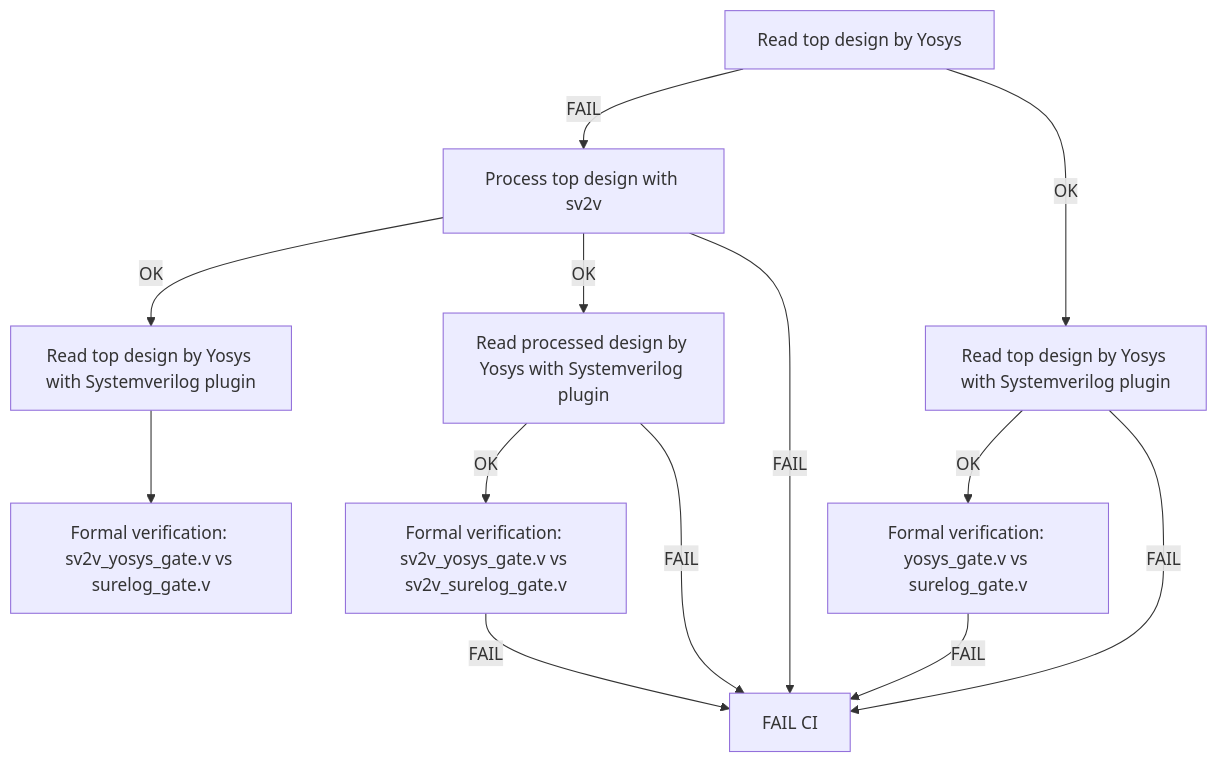
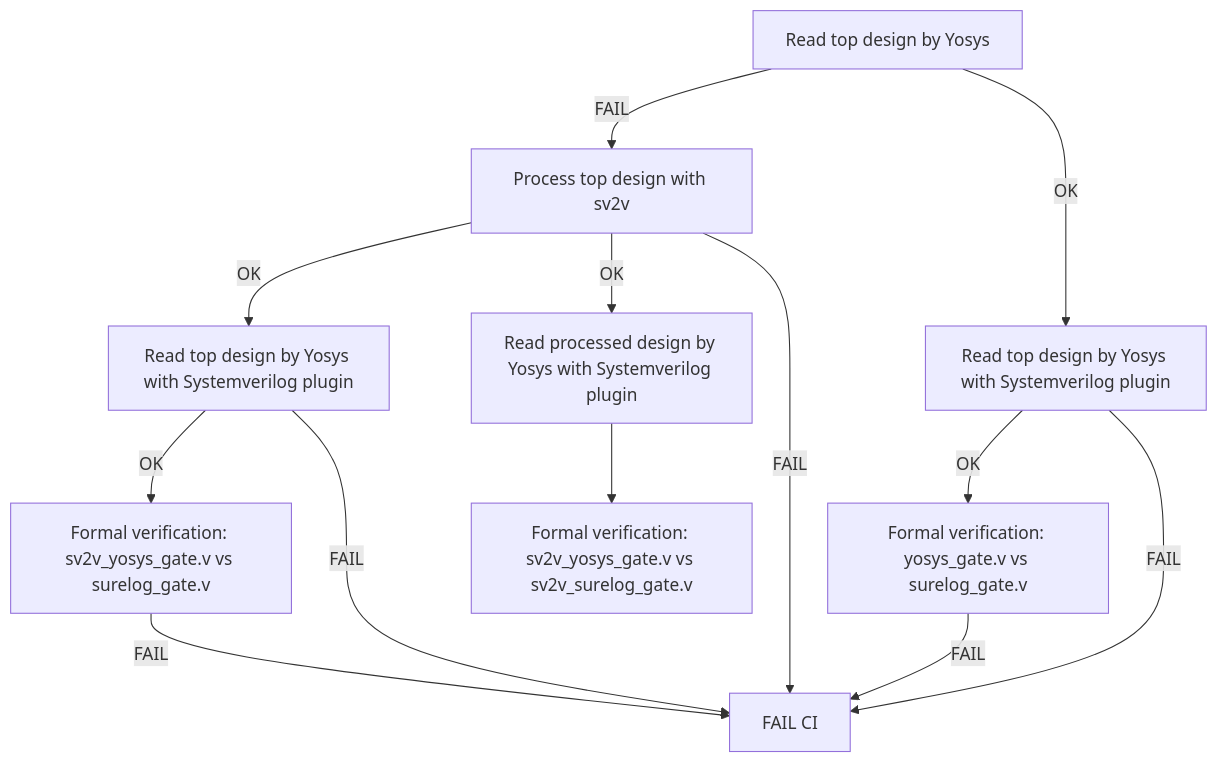
The diagram in formal/README.md (chipsalliance/synlig), drawn with Mermaid before and after one commit.

Commit message:
formal-verification: Update README

````diff
--- a/formal/README.md
+++ b/formal/README.md
@@ -4,27 +4,27 @@
 ```mermaid
 graph TD;
     A["Read top design by Yosys"]
     B["Process top design with sv2v"]
     C1["Read top design by Yosys with Systemverilog plugin"]
     C2["Read top design by Yosys with Systemverilog plugin"]
     D["Formal verification: yosys_gate.v vs surelog_gate.v"]
     E["Formal verification: sv2v_yosys_gate.v vs surelog_gate.v"]
     F["Formal verification: sv2v_yosys_gate.v vs sv2v_surelog_gate.v"]
     G["Read processed design by Yosys with Systemverilog plugin"]
     X["FAIL CI"]
 
     A-->|"FAIL"|B;
     B-->|"OK"|C2;
-    C2-->E;
+    C2-->|"OK"|E;
     B-->|"OK"|G;
-    G-->|"OK"|F;
+    G-->F;
 
     A-->|"OK"|C1;
     C1-->|"OK"|D;
 
-    G-->|"FAIL"|X;
+    C2-->|"FAIL"|X;
     B-->|"FAIL"|X;
-    F-->|"FAIL"|X;
+    E-->|"FAIL"|X;
     C1-->|"FAIL"|X;
     D-->|"FAIL"|X;
 ```
````
